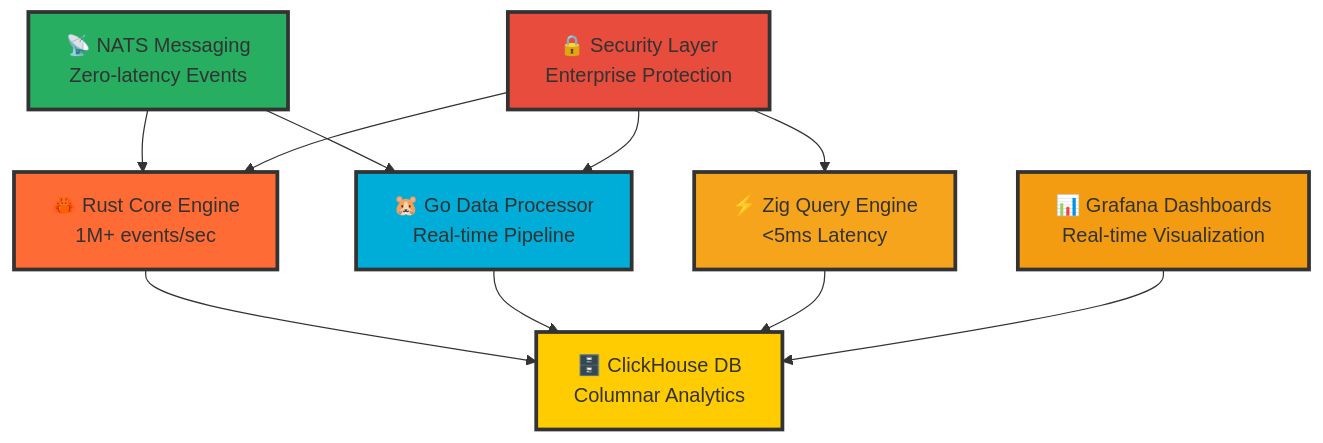
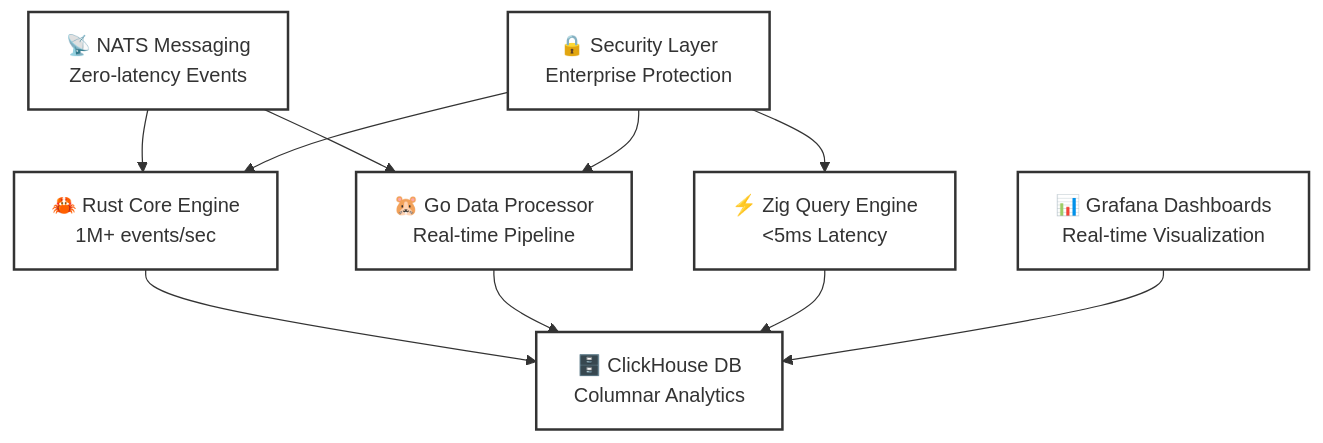
The diagram in README.md (YASSER-MN/ultra-siem), drawn with Mermaid before and after one commit. The commit also changed other lines of this file and 1 other file, not shown here.

First line of the commit message:
🔧 Fix logo rendering and architecture diagram contrast

````diff
--- a/README.md
+++ b/README.md
@@ -50,20 +50,20 @@
 ```mermaid
 graph TB
     A[🦀 Rust Core Engine<br/>1M+ events/sec] --> D[🗄️ ClickHouse DB<br/>Columnar Analytics]
     B[🐹 Go Data Processor<br/>Real-time Pipeline] --> D
     C[⚡ Zig Query Engine<br/><5ms Latency] --> D
     E[📡 NATS Messaging<br/>Zero-latency Events] --> A
     E --> B
     F[📊 Grafana Dashboards<br/>Real-time Visualization] --> D
     G[🔒 Security Layer<br/>Enterprise Protection] --> A
     G --> B
     G --> C
 
-    style A fill:#ff6b35,stroke:#333,stroke-width:3px
-    style B fill:#00ADD8,stroke:#333,stroke-width:3px
-    style C fill:#F7A41D,stroke:#333,stroke-width:3px
-    style D fill:#FFCC01,stroke:#333,stroke-width:3px
-    style E fill:#27AE60,stroke:#333,stroke-width:3px
-    style F fill:#F39C12,stroke:#333,stroke-width:3px
-    style G fill:#E74C3C,stroke:#333,stroke-width:3px
+    style A fill:#ffffff,stroke:#333333,stroke-width:2px,color:#333333
+    style B fill:#ffffff,stroke:#333333,stroke-width:2px,color:#333333
+    style C fill:#ffffff,stroke:#333333,stroke-width:2px,color:#333333
+    style D fill:#ffffff,stroke:#333333,stroke-width:2px,color:#333333
+    style E fill:#ffffff,stroke:#333333,stroke-width:2px,color:#333333
+    style F fill:#ffffff,stroke:#333333,stroke-width:2px,color:#333333
+    style G fill:#ffffff,stroke:#333333,stroke-width:2px,color:#333333
 ```
````
